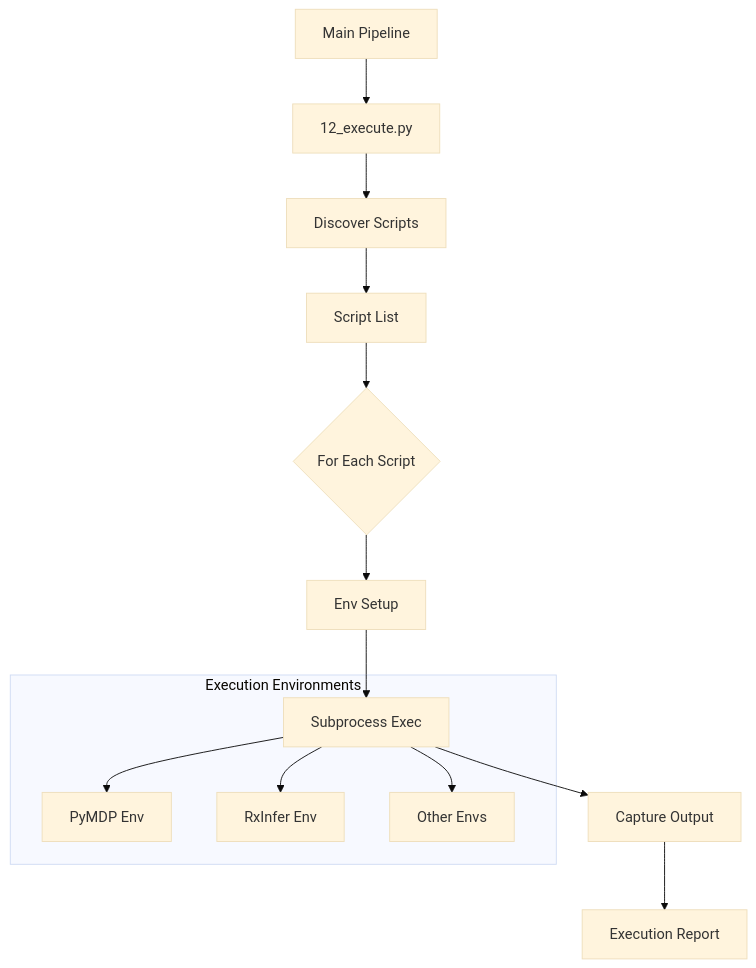
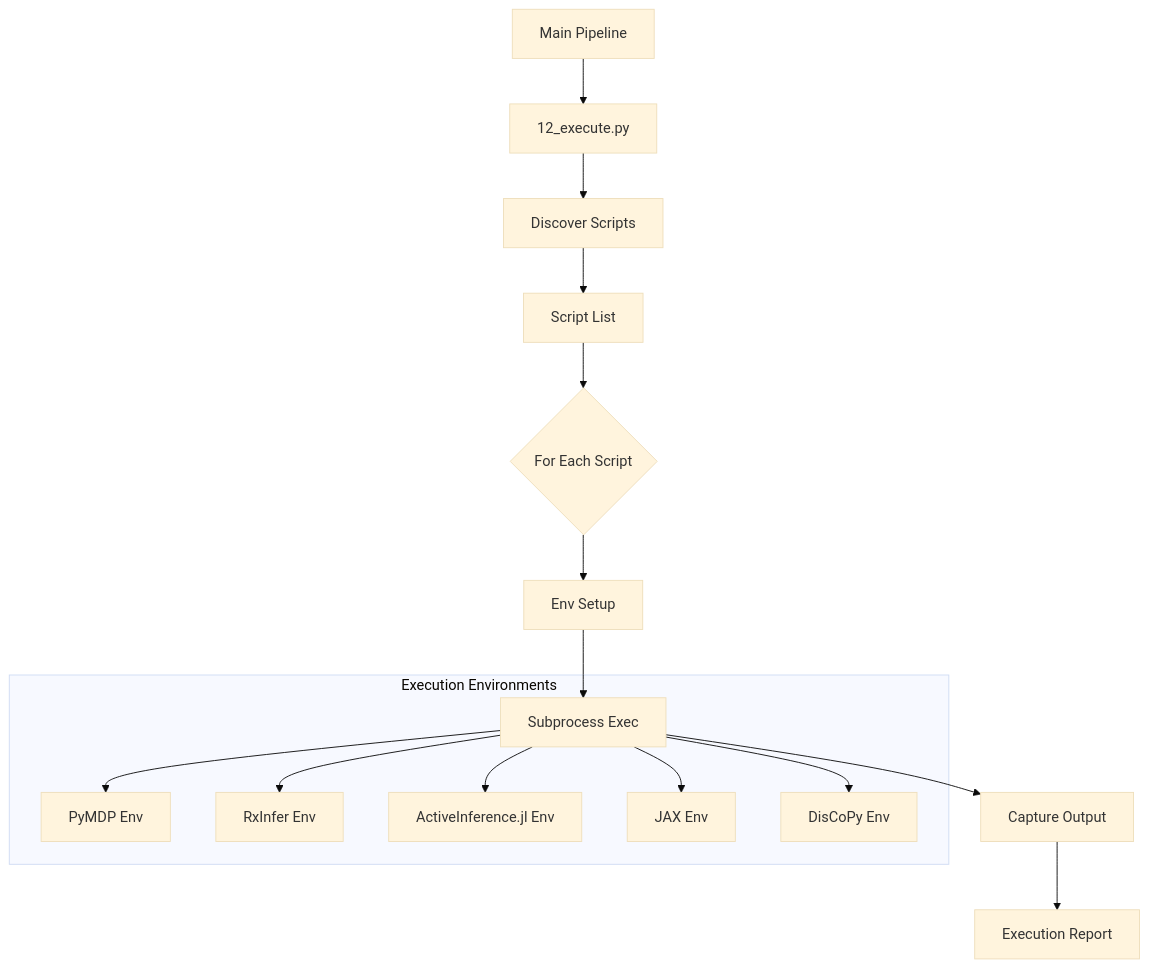
One commit to ActiveInferenceInstitute/GeneralizedNotationNotation changed the first of 3 diagrams in src/execute/README.md. Above: the diagram before and after it, drawn with Mermaid (base theme). The commit also changed other lines of this file and 259 other files, not shown here.

````diff
--- a/src/execute/README.md
+++ b/src/execute/README.md
@@ -15,18 +15,20 @@
 ```mermaid
 graph TD
     Pipeline[Main Pipeline] --> Step12[12_execute.py]
     Step12 --> Discovery[Discover Scripts]
     Discovery --> List[Script List]
     
     List --> Loop{For Each Script}
     Loop --> Setup[Env Setup]
     Setup --> Run[Subprocess Exec]
     Run --> Capture[Capture Output]
     Capture --> Report[Execution Report]
     
     subgraph "Execution Environments"
     Run --> PyMDP[PyMDP Env]
     Run --> RxInfer[RxInfer Env]
-    Run --> Others[Other Envs]
+    Run --> ActInf[ActiveInference.jl Env]
+    Run --> JAX[JAX Env]
+    Run --> DisCoPy[DisCoPy Env]
     end
 ```
````
